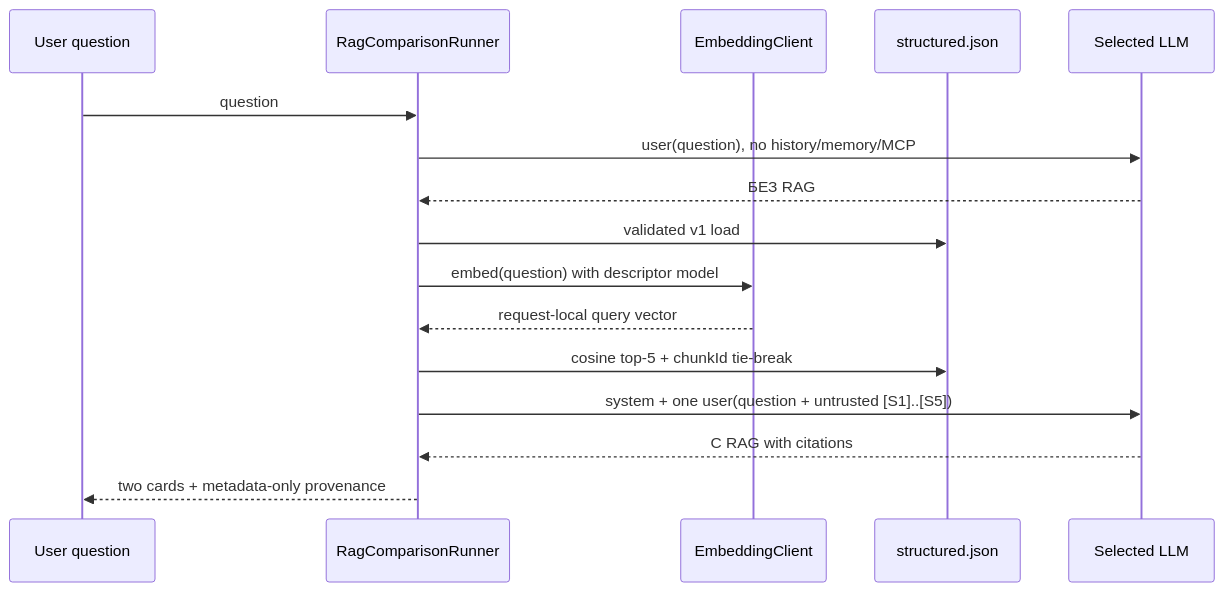
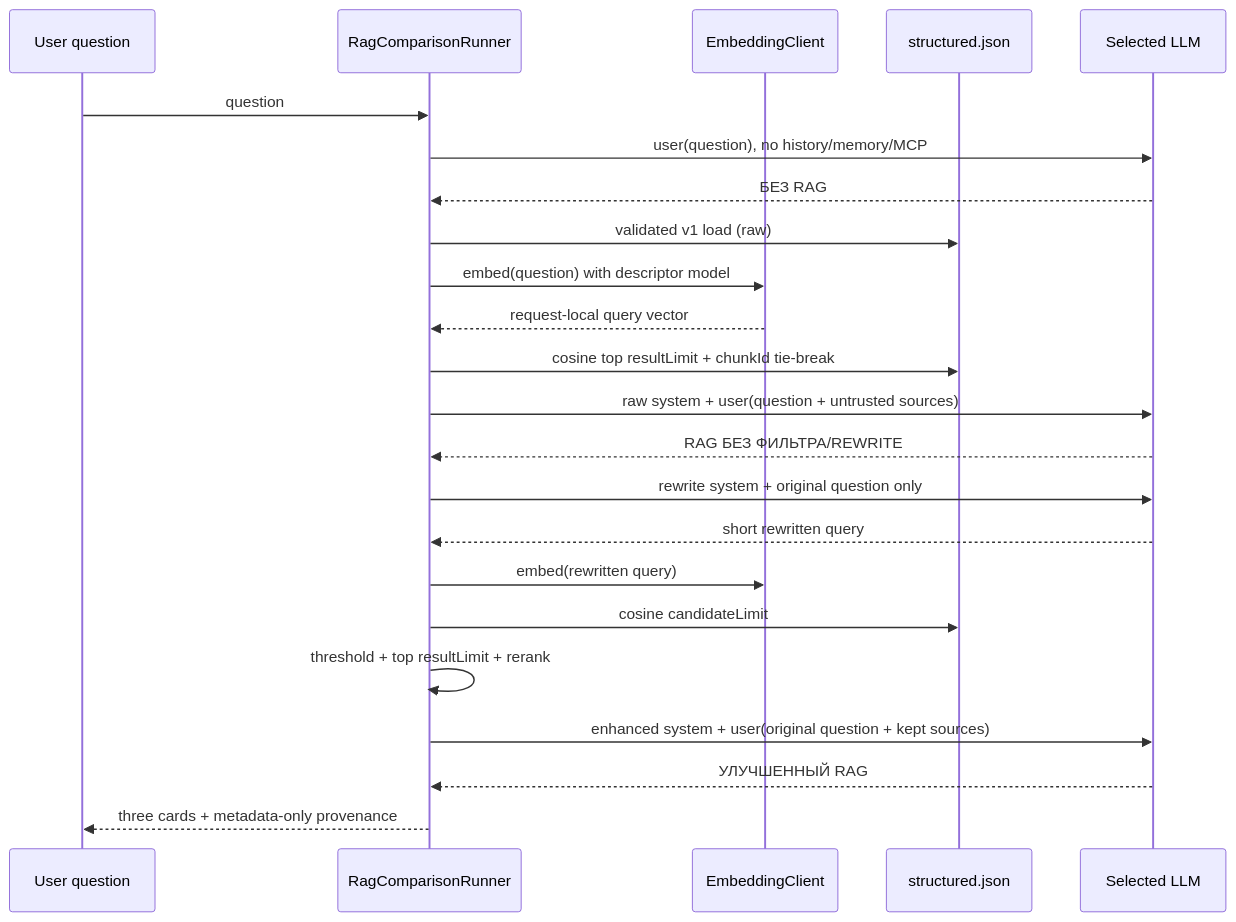
Before and after one commit to StefanSerkhir/AI-Advent-Challenge: the third of 6 diagrams in docs/ARCHITECTURE.md, drawn with Mermaid. The commit also changed other lines of this file and 31 other files, not shown here.

````diff
--- a/docs/ARCHITECTURE.md
+++ b/docs/ARCHITECTURE.md
@@ -158,18 +164,25 @@
 ```mermaid
 sequenceDiagram
     participant U as User question
     participant R as RagComparisonRunner
     participant E as EmbeddingClient
     participant I as structured.json
     participant L as Selected LLM
     U->>R: question
     R->>L: user(question), no history/memory/MCP
     L-->>R: БЕЗ RAG
-    R->>I: validated v1 load
+    R->>I: validated v1 load (raw)
     R->>E: embed(question) with descriptor model
     E-->>R: request-local query vector
-    R->>I: cosine top-5 + chunkId tie-break
-    R->>L: system + one user(question + untrusted [S1]..[S5])
-    L-->>R: С RAG with citations
-    R-->>U: two cards + metadata-only provenance
+    R->>I: cosine top resultLimit + chunkId tie-break
+    R->>L: raw system + user(question + untrusted sources)
+    L-->>R: RAG БЕЗ ФИЛЬТРА/REWRITE
+    R->>L: rewrite system + original question only
+    L-->>R: short rewritten query
+    R->>E: embed(rewritten query)
+    R->>I: cosine candidateLimit
+    R->>R: threshold + top resultLimit + rerank
+    R->>L: enhanced system + user(original question + kept sources)
+    L-->>R: УЛУЧШЕННЫЙ RAG
+    R-->>U: three cards + metadata-only provenance
 ```
````
